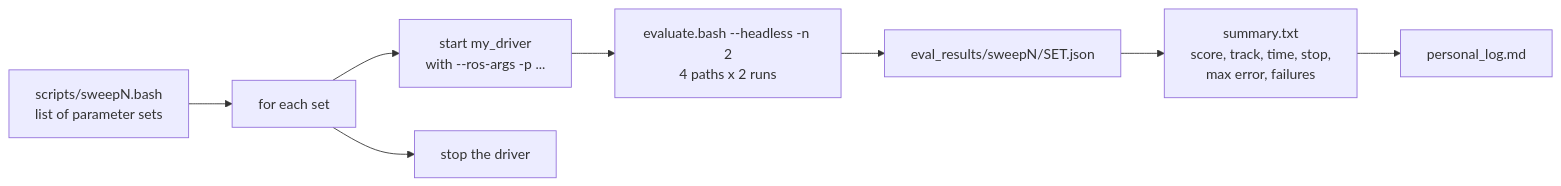
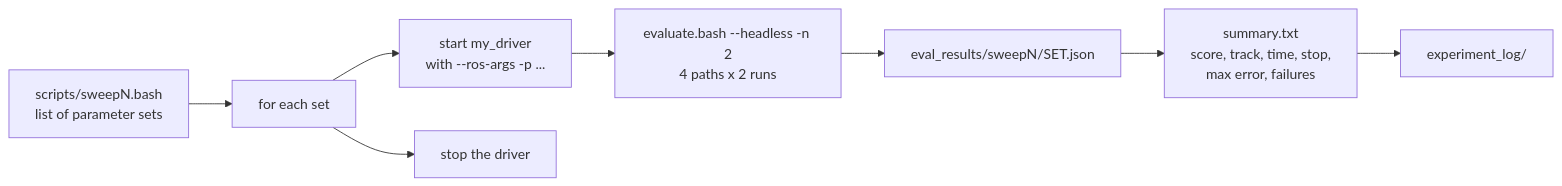
The sixth of 6 diagrams in FLOW.md (nahathaiw/NTHU-Racing_THRSimSimple), drawn with Mermaid before and after one commit. The commit also changed 109 other files, not shown here.

Commit message:
docs: organize all experiments into experiment_log/ with dated folders

````diff
--- a/FLOW.md
+++ b/FLOW.md
@@ -129,10 +129,10 @@
 ```mermaid
 flowchart LR
     SW["scripts/sweepN.bash<br/>list of parameter sets"] --> LOOP["for each set"]
     LOOP --> DR["start my_driver<br/>with --ros-args -p ..."]
     DR --> EV["evaluate.bash --headless -n 2<br/>4 paths x 2 runs"]
     EV --> JS["eval_results/sweepN/SET.json"]
     JS --> SUM["summary.txt<br/>score, track, time, stop,<br/>max error, failures"]
-    SUM --> LOG["personal_log.md"]
+    SUM --> LOG["experiment_log/"]
     LOOP --> KILL["stop the driver"]
 ```
````
